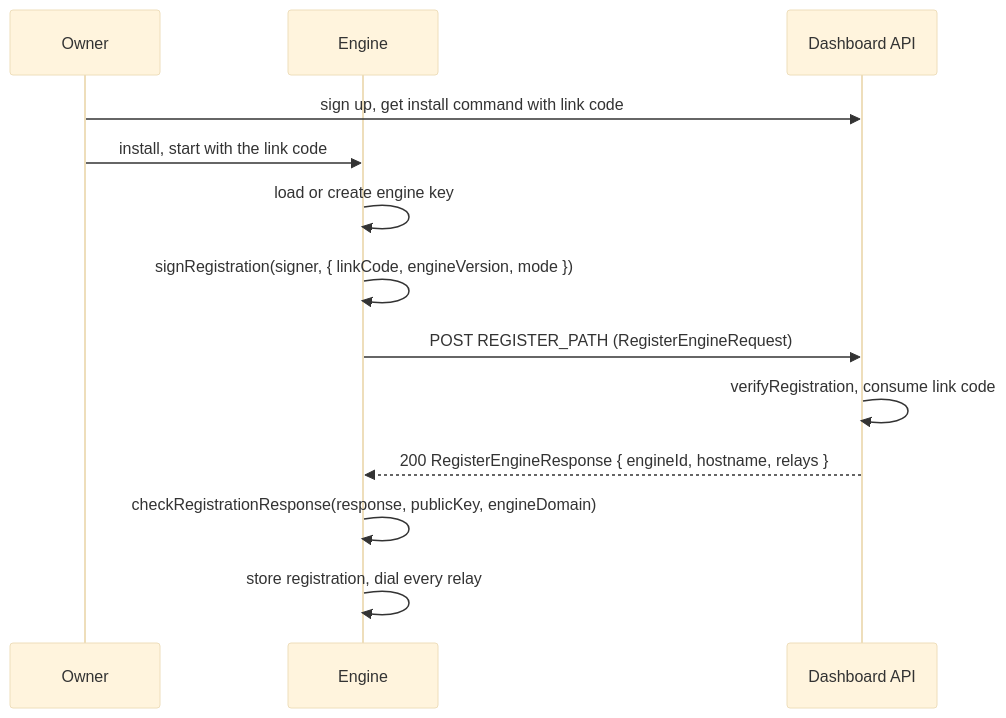
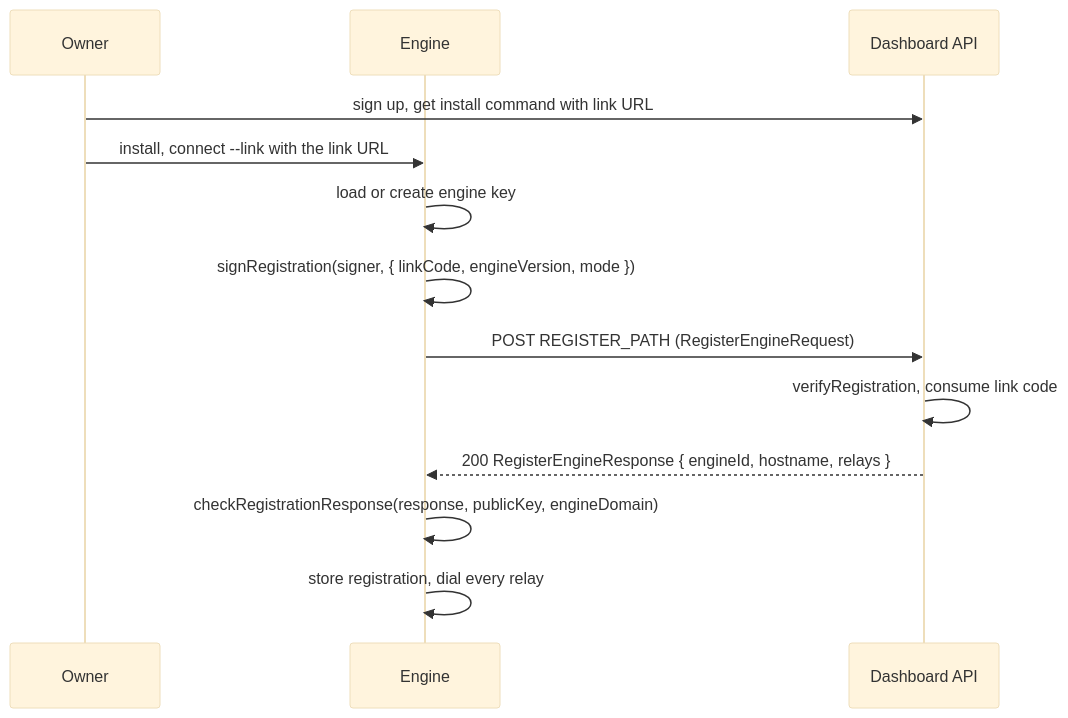
Before and after one commit to webgptorg/app: the diagram in docs/engine-integration/identity-and-registration.md, drawn with Mermaid (base theme). The commit also changed other lines of this file and 31 other files, not shown here.

Commit message:
feat(dashboard): hand out the link URL and add the /link page

````diff
--- a/docs/engine-integration/identity-and-registration.md
+++ b/docs/engine-integration/identity-and-registration.md
@@ -39,15 +39,15 @@
 ```mermaid
 sequenceDiagram
     participant O as Owner
     participant E as Engine
     participant D as Dashboard API
-    O->>D: sign up, get install command with link code
-    O->>E: install, start with the link code
+    O->>D: sign up, get install command with link URL
+    O->>E: install, connect --link with the link URL
     E->>E: load or create engine key
     E->>E: signRegistration(signer, { linkCode, engineVersion, mode })
     E->>D: POST REGISTER_PATH (RegisterEngineRequest)
     D->>D: verifyRegistration, consume link code
     D-->>E: 200 RegisterEngineResponse { engineId, hostname, relays }
     E->>E: checkRegistrationResponse(response, publicKey, engineDomain)
     E->>E: store registration, dial every relay
 ```
````
